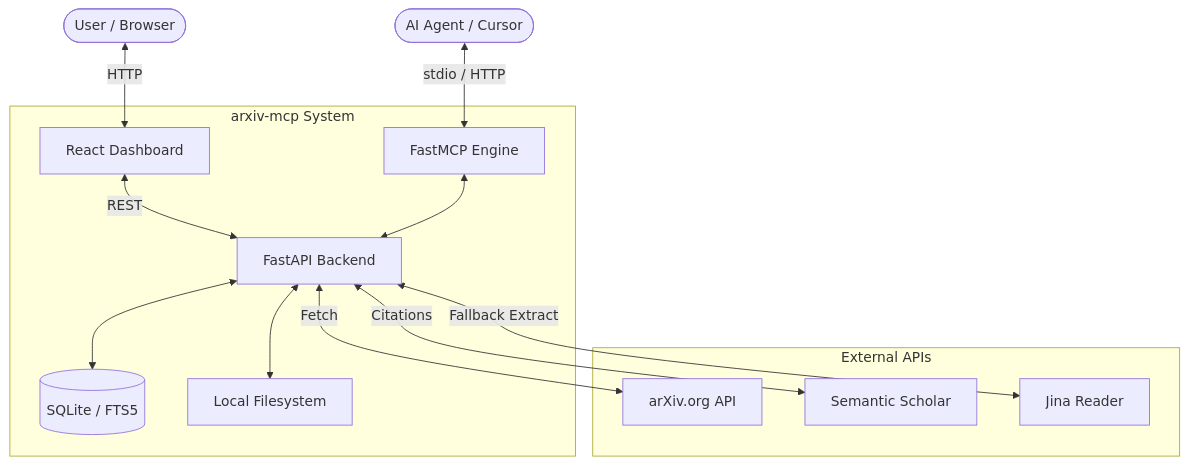
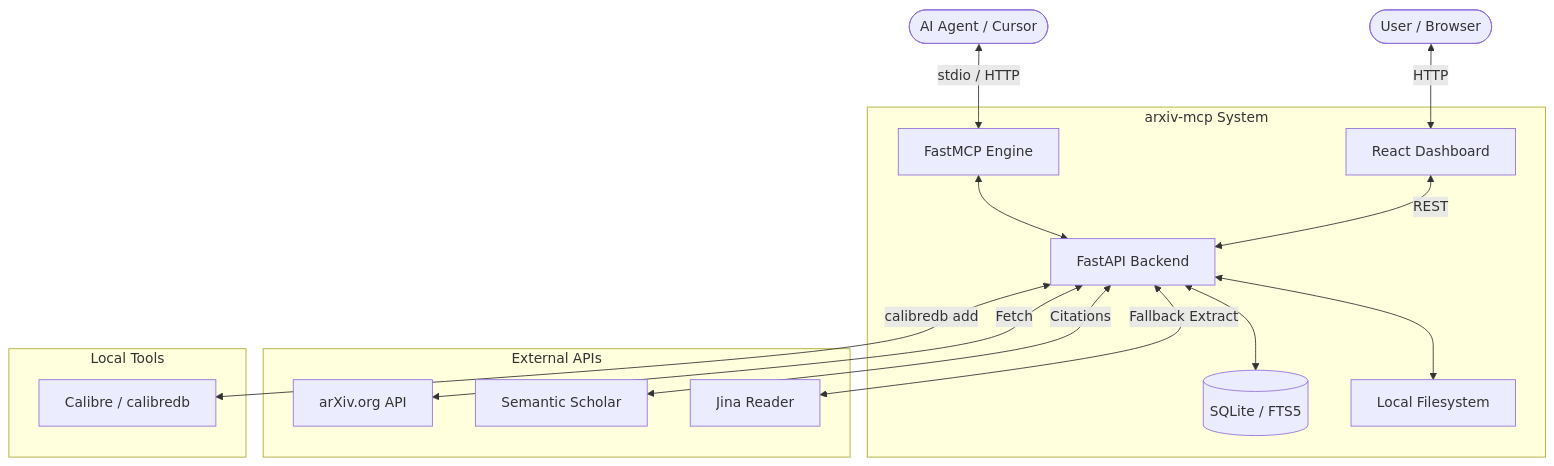
Before and after one commit to sandraschi/arxiv-mcp: the diagram in docs/ARCHITECTURE.md, drawn with Mermaid. The commit also changed other lines of this file and 20 other files, not shown here.

````diff
--- a/docs/ARCHITECTURE.md
+++ b/docs/ARCHITECTURE.md
@@ -7,30 +7,35 @@
 ```mermaid
 graph TD
     User([User / Browser])
     Agent([AI Agent / Cursor])
     
     subgraph "arxiv-mcp System"
         UI[React Dashboard]
         API[FastAPI Backend]
         MCP[FastMCP Engine]
         DB[(SQLite / FTS5)]
         FS[Local Filesystem]
     end
     
     subgraph "External APIs"
         arXiv[arXiv.org API]
         S2[Semantic Scholar]
         Jina[Jina Reader]
     end
 
+    subgraph "Local Tools"
+        Calibre[Calibre / calibredb]
+    end
+
     User <-->|HTTP| UI
     UI <-->|REST| API
     Agent <-->|stdio / HTTP| MCP
     MCP <--> API
     API <--> DB
     API <--> FS
+    API <-->|calibredb add| Calibre
     
     API <-->|Fetch| arXiv
     API <-->|Citations| S2
     API <-->|Fallback Extract| Jina
 ```
````
